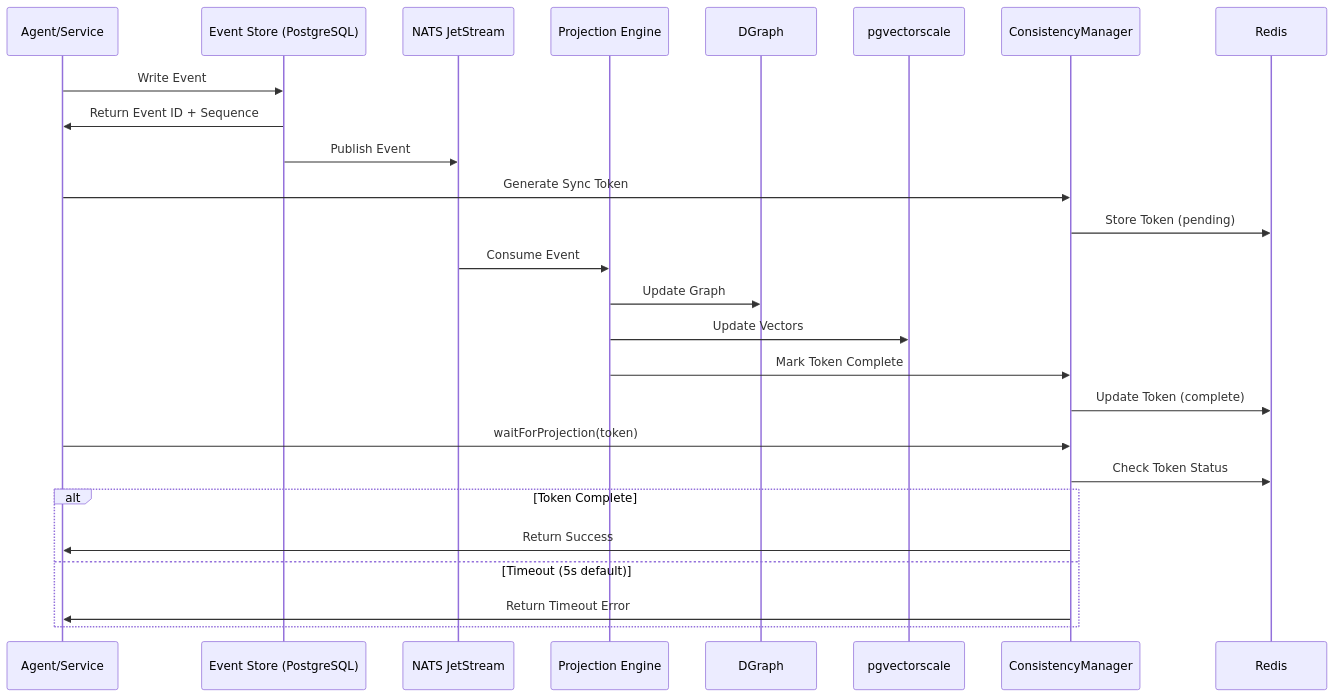
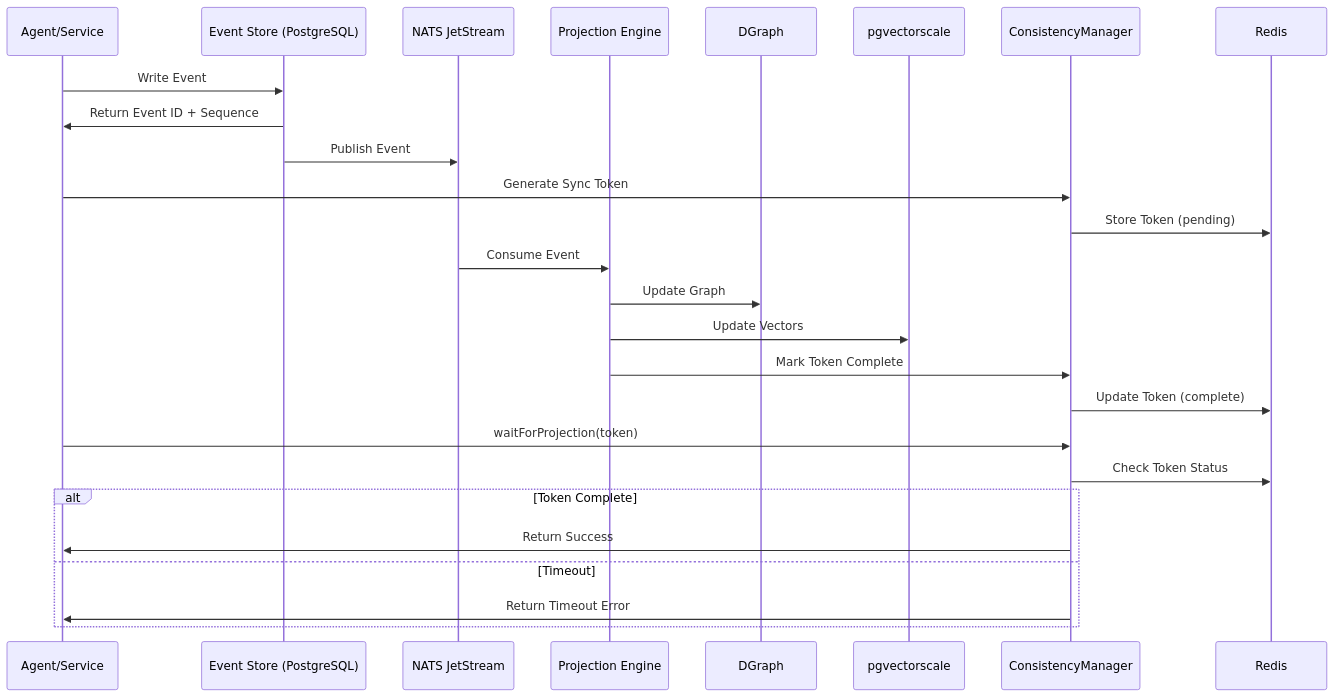
Before and after one commit to VINYASGM/AXIOM: the first of 2 diagrams in design.md, drawn with Mermaid. The commit also changed other lines of this file and 1 other file, not shown here.

````diff
--- a/design.md
+++ b/design.md
@@ -87,31 +105,31 @@
 ```mermaid
 sequenceDiagram
     participant Agent as Agent/Service
     participant EventStore as Event Store (PostgreSQL)
     participant NATS as NATS JetStream
     participant PE as Projection Engine
     participant DG as DGraph
     participant PG as pgvectorscale
     participant CM as ConsistencyManager
     participant Redis as Redis
 
     Agent->>EventStore: Write Event
     EventStore->>Agent: Return Event ID + Sequence
     EventStore->>NATS: Publish Event
     Agent->>CM: Generate Sync Token
     CM->>Redis: Store Token (pending)
     
     NATS->>PE: Consume Event
     PE->>DG: Update Graph
     PE->>PG: Update Vectors
     PE->>CM: Mark Token Complete
     CM->>Redis: Update Token (complete)
     
     Agent->>CM: waitForProjection(token)
     CM->>Redis: Check Token Status
     alt Token Complete
         CM->>Agent: Return Success
-    else Timeout (5s default)
+    else Timeout
         CM->>Agent: Return Timeout Error
     end
 ```
````
